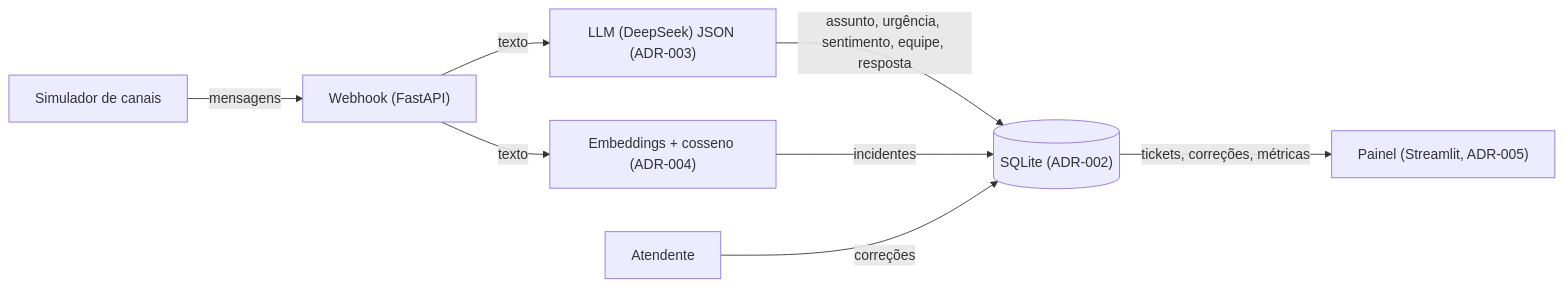
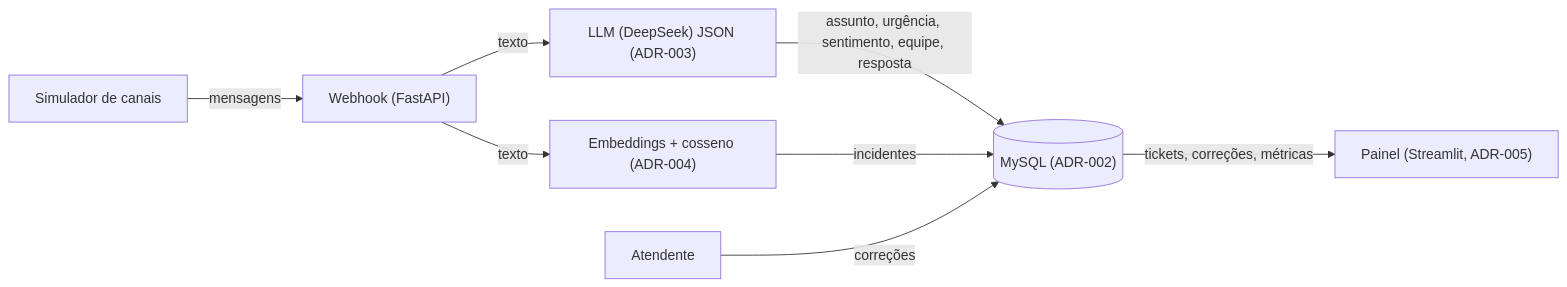
One commit to Miguel-Soares1/hackathon changed the diagram in management/arch.md. Above: the diagram before and after it, drawn with Mermaid. The commit also changed other lines of this file and 4 other files, not shown here.

````diff
--- a/management/arch.md
+++ b/management/arch.md
@@ -18,10 +18,10 @@
 ```mermaid
 graph LR
   SIM["Simulador de canais"] -->|mensagens| WH["Webhook (FastAPI)"]
   WH -->|texto| LLM["LLM (DeepSeek) JSON (ADR-003)"]
-  LLM -->|assunto, urgência, sentimento, equipe, resposta| DB[("SQLite (ADR-002)")]
+  LLM -->|assunto, urgência, sentimento, equipe, resposta| DB[("MySQL (ADR-002)")]
   WH -->|texto| EMB["Embeddings + cosseno (ADR-004)"]
   EMB -->|incidentes| DB
   AT["Atendente"] -->|correções| DB
   DB -->|tickets, correções, métricas| UI["Painel (Streamlit, ADR-005)"]
 ```
````
